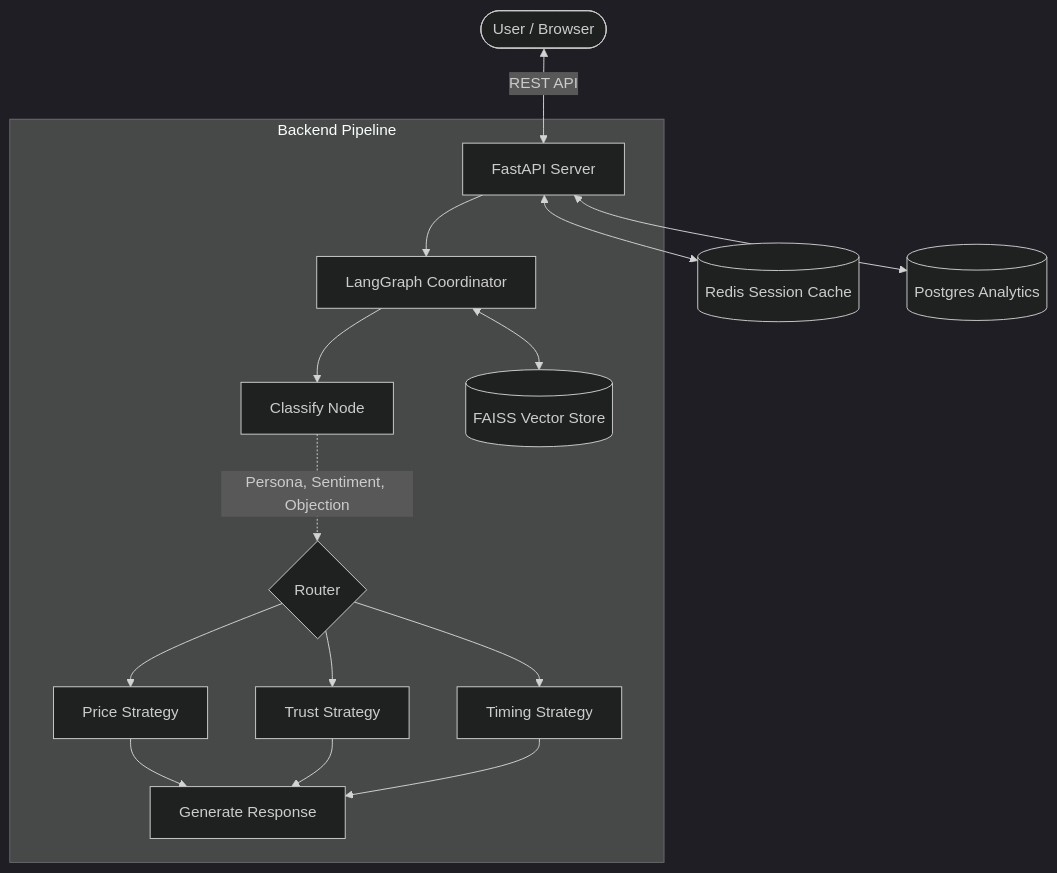
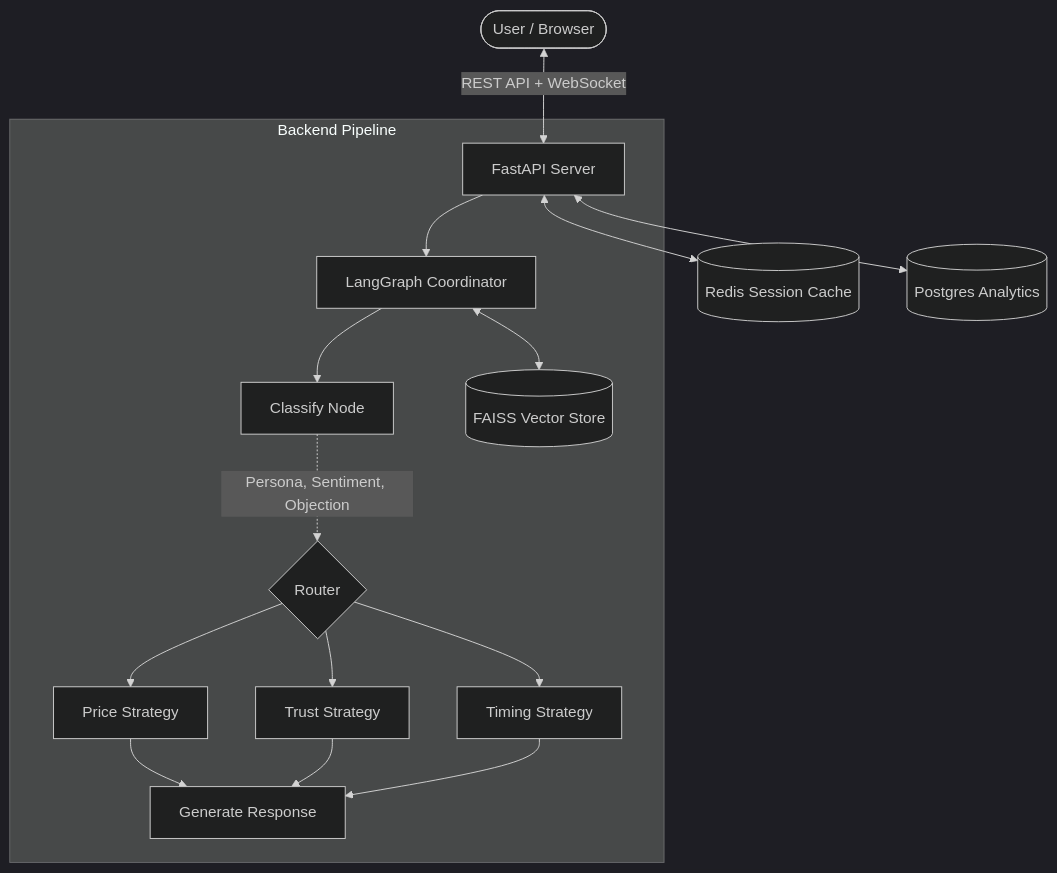
Before and after one commit to aayush2724/Auralis: the diagram in README.md, drawn with Mermaid (dark theme). The commit also changed other lines of this file and 6 other files, not shown here.

````diff
--- a/README.md
+++ b/README.md
@@ -44,22 +44,22 @@
 ```mermaid
 graph TD
-    User([User / Browser]) <-->|REST API| API[FastAPI Server]
+    User([User / Browser]) <-->|REST API + WebSocket| API[FastAPI Server]
     
     subgraph Backend Pipeline
         API --> LangGraph[LangGraph Coordinator]
         
         LangGraph --> C[Classify Node]
         C -.->|Persona, Sentiment, Objection| Router{Router}
         
         Router --> S1[Price Strategy]
         Router --> S2[Trust Strategy]
         Router --> S3[Timing Strategy]
         
         LangGraph <--> RAG[(FAISS Vector Store)]
         
         S1 & S2 & S3 --> Gen[Generate Response]
     end
     
     API <--> Cache[(Redis Session Cache)]
     API <--> DB[(Postgres Analytics)]
 ```
````
